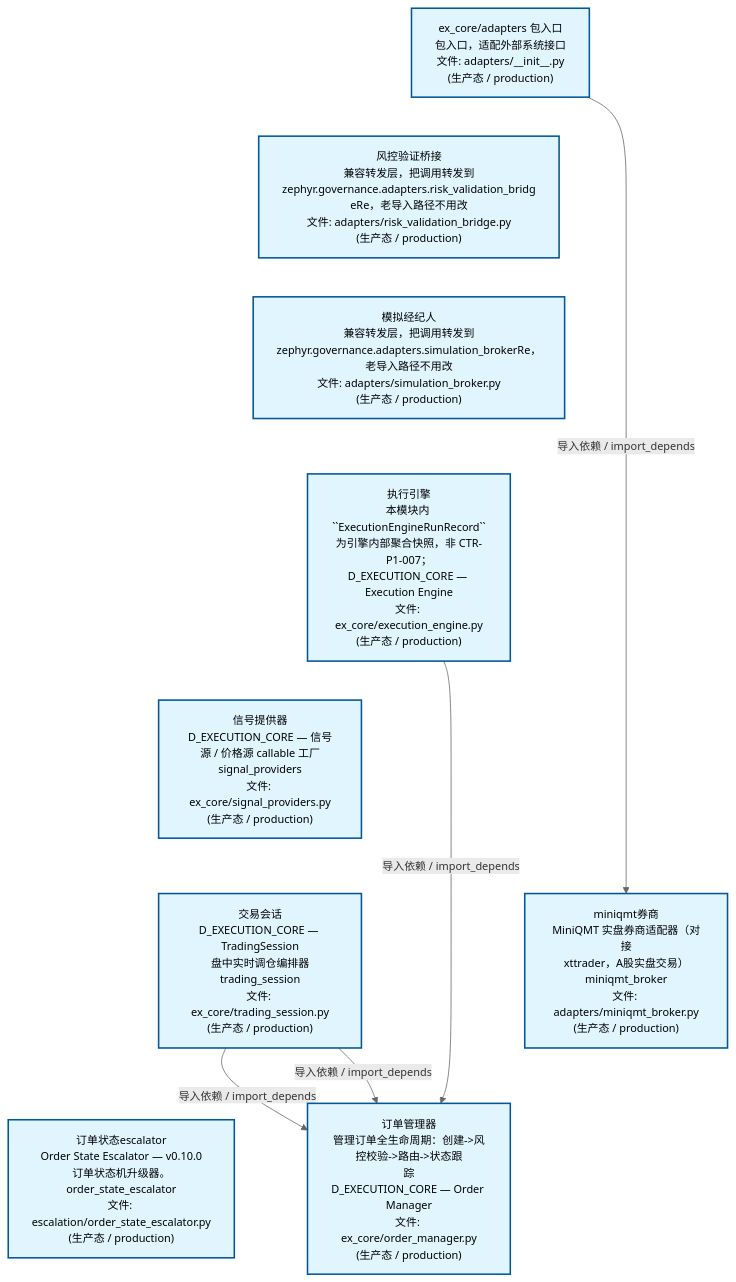
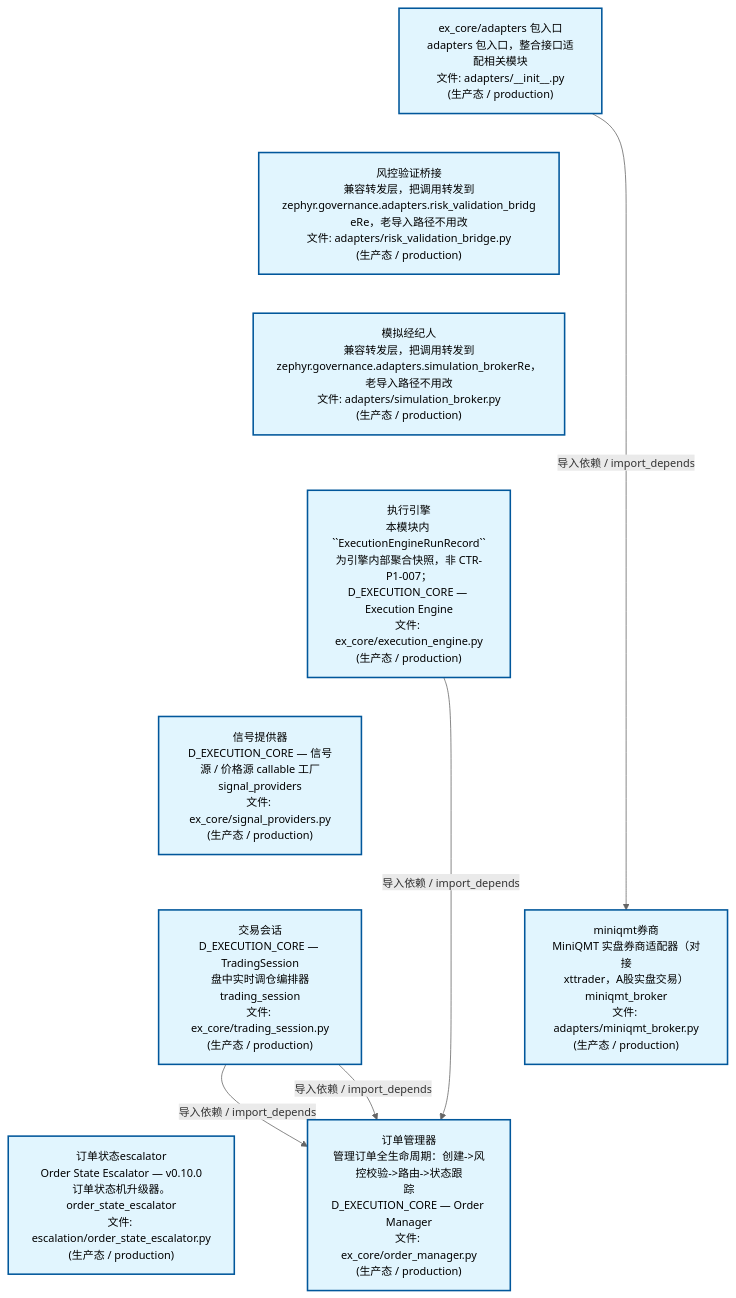
One commit to xuanFelixVan/ZephyrAlpha changed the second of 4 diagrams in docs/02_enterprise_architecture/02_domain_architecture_docs/44_d_ex_core.md. Above: the diagram before and after it, drawn with Mermaid. The commit also changed other lines of this file and 36 other files, not shown here.

````diff
--- a/docs/02_enterprise_architecture/02_domain_architecture_docs/44_d_ex_core.md
+++ b/docs/02_enterprise_architecture/02_domain_architecture_docs/44_d_ex_core.md
@@ -206,29 +206,29 @@
 ```mermaid
 %%{init: {'theme': 'base', 'themeVariables': {'primaryColor': '#eaeaea', 'primaryTextColor': '#333333', 'primaryBorderColor': '#666666', 'lineColor': '#666666', 'secondaryColor': '#eaeaea', 'tertiaryColor': '#eaeaea', 'fontSize': '14px'}}}%%
 flowchart TD
-    src_zephyr_ex_core_adapters_init_py["ex_core/adapters 包入口<br/>包入口，适配外部系统接口<br/>文件: adapters/__init__.py<br/>(生产态 / production)"]
+    src_zephyr_ex_core_adapters_init_py["ex_core/adapters 包入口<br/>adapters 包入口，整合接口适配相关模块<br/>文件: adapters/__init__.py<br/>(生产态 / production)"]
     src_zephyr_ex_core_adapters_risk_validation_bridge_py["风控验证桥接<br/>兼容转发层，把调用转发到<br/>zephyr.governance.adapters.risk_validation_bridg<br/>eRe，老导入路径不用改<br/>文件: adapters/risk_validation_bridge.py<br/>(生产态 / production)"]
     src_zephyr_ex_core_adapters_simulation_broker_py["模拟经纪人<br/>兼容转发层，把调用转发到<br/>zephyr.governance.adapters.simulation_brokerRe，<br/>老导入路径不用改<br/>文件: adapters/simulation_broker.py<br/>(生产态 / production)"]
     src_zephyr_ex_core_execution_engine_py["执行引擎<br/>本模块内 ``ExecutionEngineRunRecord``<br/>为引擎内部聚合快照，非 CTR-P1-007；<br/>D_EXECUTION_CORE — Execution Engine<br/>文件: ex_core/execution_engine.py<br/>(生产态 / production)"]
     src_zephyr_ex_core_signal_providers_py["信号提供器<br/>D_EXECUTION_CORE — 信号源 / 价格源 callable 工厂<br/>signal_providers<br/>文件: ex_core/signal_providers.py<br/>(生产态 / production)"]
     src_zephyr_ex_core_trading_session_py["交易会话<br/>D_EXECUTION_CORE — TradingSession<br/>盘中实时调仓编排器<br/>trading_session<br/>文件: ex_core/trading_session.py<br/>(生产态 / production)"]
     src_zephyr_governance_escalation_order_state_escalator_py["订单状态escalator<br/>Order State Escalator — v0.10.0<br/>订单状态机升级器。<br/>order_state_escalator<br/>文件: escalation/order_state_escalator.py<br/>(生产态 / production)"]
     src_zephyr_ex_core_adapters_init_py ~~~ src_zephyr_ex_core_adapters_risk_validation_bridge_py
     src_zephyr_ex_core_adapters_risk_validation_bridge_py ~~~ src_zephyr_ex_core_adapters_simulation_broker_py
     src_zephyr_ex_core_adapters_simulation_broker_py ~~~ src_zephyr_ex_core_execution_engine_py
     src_zephyr_ex_core_execution_engine_py ~~~ src_zephyr_ex_core_signal_providers_py
     src_zephyr_ex_core_signal_providers_py ~~~ src_zephyr_ex_core_trading_session_py
     src_zephyr_ex_core_trading_session_py ~~~ src_zephyr_governance_escalation_order_state_escalator_py
     src_zephyr_ex_core_adapters_miniqmt_broker_py["miniqmt券商<br/>MiniQMT 实盘券商适配器（对接<br/>xttrader，A股实盘交易）<br/>miniqmt_broker<br/>文件: adapters/miniqmt_broker.py<br/>(生产态 / production)"]
     src_zephyr_ex_core_order_manager_py["订单管理器<br/>管理订单全生命周期：创建->风控校验->路由->状态跟<br/>踪<br/>D_EXECUTION_CORE — Order Manager<br/>文件: ex_core/order_manager.py<br/>(生产态 / production)"]
     src_zephyr_ex_core_adapters_miniqmt_broker_py ~~~ src_zephyr_ex_core_order_manager_py
     src_zephyr_ex_core_execution_engine_py -->|导入依赖 / import_depends| src_zephyr_ex_core_order_manager_py
     src_zephyr_ex_core_trading_session_py -->|导入依赖 / import_depends| src_zephyr_ex_core_order_manager_py
     src_zephyr_ex_core_trading_session_py -->|导入依赖 / import_depends| src_zephyr_ex_core_order_manager_py
     src_zephyr_ex_core_adapters_init_py -->|导入依赖 / import_depends| src_zephyr_ex_core_adapters_miniqmt_broker_py
     classDef production fill:#e1f5fe,stroke:#01579b,stroke-width:2px,color:#000
     classDef design fill:#fff3e0,stroke:#e65100,stroke-width:2px,color:#000,stroke-dasharray: 5 5
     classDef external_prod fill:#e8f4fd,stroke:#0277bd,stroke-width:1px,color:#000
     classDef external_design fill:#fff8e7,stroke:#ef6c00,stroke-width:1px,color:#000,stroke-dasharray: 5 5
     class src_zephyr_ex_core_adapters_init_py,src_zephyr_ex_core_adapters_miniqmt_broker_py,src_zephyr_ex_core_adapters_risk_validation_bridge_py,src_zephyr_ex_core_adapters_simulation_broker_py,src_zephyr_ex_core_execution_engine_py,src_zephyr_ex_core_order_manager_py,src_zephyr_ex_core_signal_providers_py,src_zephyr_ex_core_trading_session_py,src_zephyr_governance_escalation_order_state_escalator_py production
 ```
````
